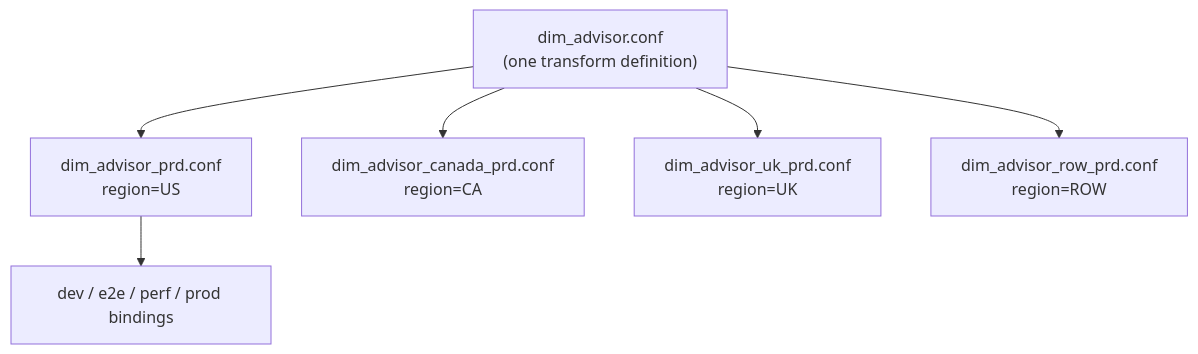
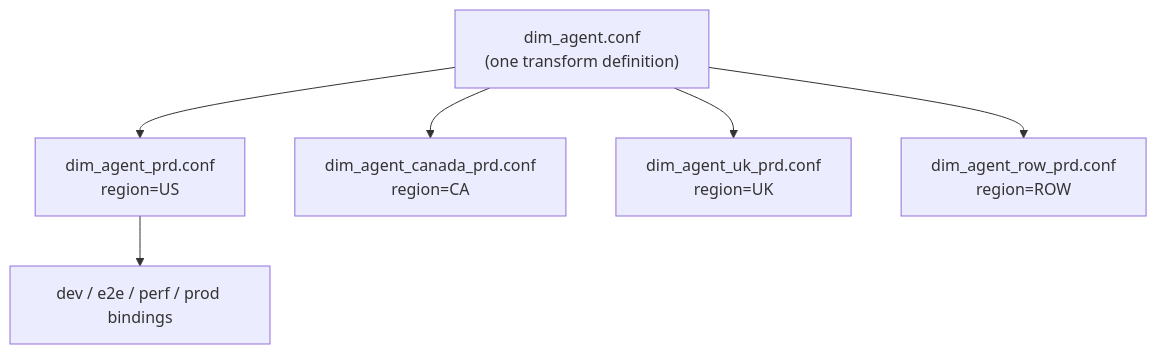
The fifth of 5 diagrams in architecture.md (sharath-dataengineer/enterprise-data-foundation), drawn with Mermaid before and after one commit. The commit also changed other lines of this file and 15 other files, not shown here.

Commit message:
Remove internal file extensions (.ssp, .adapt) and anonymize all table/schema names

````diff
--- a/architecture.md
+++ b/architecture.md
@@ -172,9 +172,9 @@
 ```mermaid
 flowchart TB
-    BASE["dim_advisor.conf<br/>(one transform definition)"]
-    BASE --> US["dim_advisor_prd.conf<br/>region=US"]
-    BASE --> CA["dim_advisor_canada_prd.conf<br/>region=CA"]
-    BASE --> UK["dim_advisor_uk_prd.conf<br/>region=UK"]
-    BASE --> ROW["dim_advisor_row_prd.conf<br/>region=ROW"]
+    BASE["dim_agent.conf<br/>(one transform definition)"]
+    BASE --> US["dim_agent_prd.conf<br/>region=US"]
+    BASE --> CA["dim_agent_canada_prd.conf<br/>region=CA"]
+    BASE --> UK["dim_agent_uk_prd.conf<br/>region=UK"]
+    BASE --> ROW["dim_agent_row_prd.conf<br/>region=ROW"]
     US --> E1[dev / e2e / perf / prod bindings]
 ```
````
